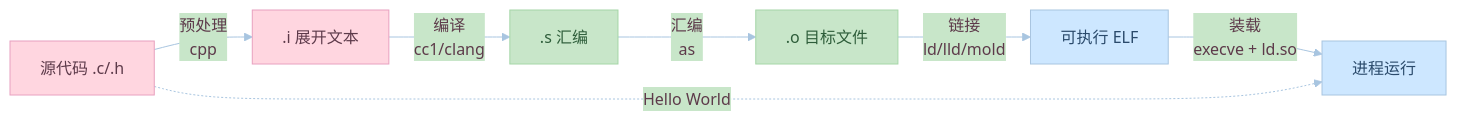
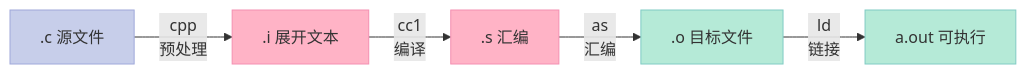
The first of 12 diagrams in source/_posts/01-温故而知新.md (xuqi2024/xuqi2024.github.io), drawn with Mermaid before and after one commit. The commit also changed other lines of this file and 12 other files, not shown here.

````diff
--- a/source/_posts/01-温故而知新.md
+++ b/source/_posts/01-温故而知新.md
@@ -304,15 +63,13 @@
 ```mermaid
-%%{init: {'theme':'base', 'themeVariables': {'primaryColor':'#FFD6E0','primaryTextColor':'#5D3A4A','primaryBorderColor':'#E8A0BF','lineColor':'#A8C5E0','secondaryColor':'#C8E6C9','tertiaryColor':'#FFE0B2'}}}%%
 flowchart LR
-    A["源代码 .c/.h"]:::rose -->|预处理<br/>cpp| B[".i 展开文本"]:::rose
-    B -->|编译<br/>cc1/clang| C[".s 汇编"]:::mint
-    C -->|汇编<br/>as| D[".o 目标文件"]:::mint
-    D -->|链接<br/>ld/lld/mold| E["可执行 ELF"]:::sky
-    E -->|装载<br/>execve + ld.so| F["进程运行"]:::sky
+    A[".c 源文件"]:::sky -->|cpp<br/>预处理| B[".i 展开文本"]:::rose
+    B -->|cc1<br/>编译| C[".s 汇编"]:::rose
+    C -->|as<br/>汇编| D[".o 目标文件"]:::mint
+    D -->|ld<br/>链接| E["a.out 可执行"]:::mint
 
-    A -.Hello World.-> F
-
-    classDef rose fill:#FFD6E0,stroke:#E8A0BF,color:#5D3A4A
-    classDef mint fill:#C8E6C9,stroke:#A5D6A7,color:#2E5D3A
-    classDef sky fill:#CDE7FF,stroke:#A8C5E0,color:#2A4A6B
+    style A fill:#C7CEEA,stroke:#9FA8DA,color:#333
+    style B fill:#FFB3C6,stroke:#F48FB1,color:#333
+    style C fill:#FFB3C6,stroke:#F48FB1,color:#333
+    style D fill:#B5EAD7,stroke:#80CBC4,color:#333
+    style E fill:#B5EAD7,stroke:#80CBC4,color:#333
 ```
````
